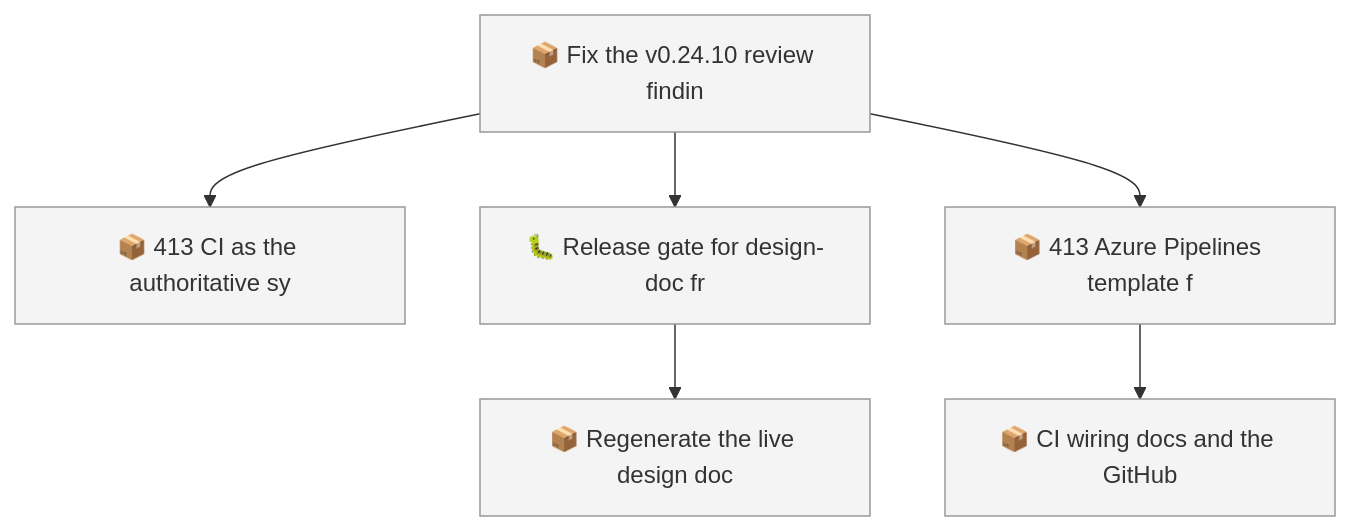
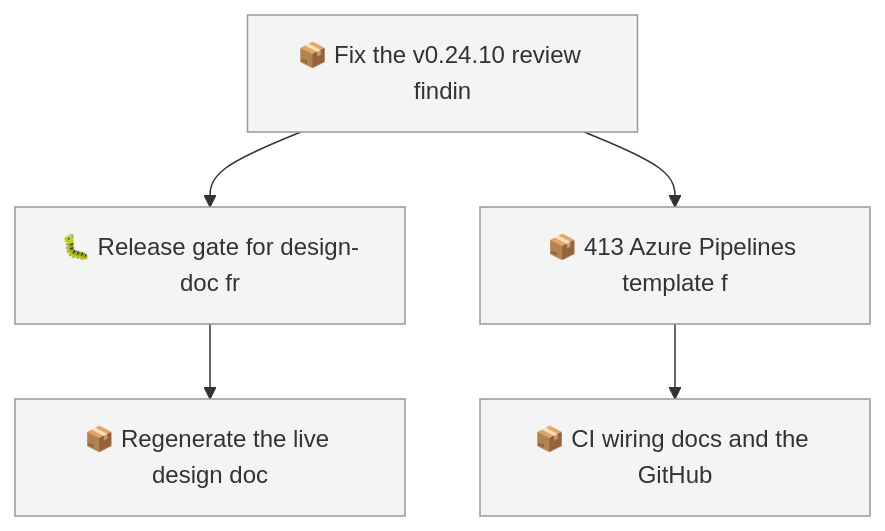
One commit to SpillwaveSolutions/wiki_ticket_sdd changed the first of 2 diagrams in docs/roadmap.md. Above: the diagram before and after it, drawn with Mermaid. The commit also changed other lines of this file and 21 other files, not shown here.

First line of the commit message:
feat(sync): CI as the authoritative syncer behind ticketing.sync_owner (01M2XCWMVEH3XFP2VPS9JBD6XN)

````diff
--- a/docs/roadmap.md
+++ b/docs/roadmap.md
@@ -44,16 +43,14 @@
 ```mermaid
 graph TD
     01M2XCWMV0QYM4ZRBWN1V1327B["📦 Fix the v0.24.10 review findin"]
-    01M2XCWMVEH3XFP2VPS9JBD6XN["📦 413 CI as the authoritative sy"]
     01M2XCWMVEH3XFP2VPS9JBD6XQ["🐛 Release gate for design-doc fr"]
     01M2XCWMVEH3XFP2VPS9JBD6XS["📦 Regenerate the live design doc"]
     01M2XCWMVEH3XFP2VPS9JBD6XV["📦 413 Azure Pipelines template f"]
     01M2XCWMVEH3XFP2VPS9JBD6XX["📦 CI wiring docs and the GitHub"]
-    01M2XCWMV0QYM4ZRBWN1V1327B --> 01M2XCWMVEH3XFP2VPS9JBD6XN
     01M2XCWMV0QYM4ZRBWN1V1327B --> 01M2XCWMVEH3XFP2VPS9JBD6XQ
     01M2XCWMVEH3XFP2VPS9JBD6XQ --> 01M2XCWMVEH3XFP2VPS9JBD6XS
     01M2XCWMV0QYM4ZRBWN1V1327B --> 01M2XCWMVEH3XFP2VPS9JBD6XV
     01M2XCWMVEH3XFP2VPS9JBD6XV --> 01M2XCWMVEH3XFP2VPS9JBD6XX
     classDef todo fill:#f4f4f4,stroke:#999999
-    class 01M2XCWMV0QYM4ZRBWN1V1327B,01M2XCWMVEH3XFP2VPS9JBD6XN,01M2XCWMVEH3XFP2VPS9JBD6XQ,01M2XCWMVEH3XFP2VPS9JBD6XS,01M2XCWMVEH3XFP2VPS9JBD6XV,01M2XCWMVEH3XFP2VPS9JBD6XX todo
+    class 01M2XCWMV0QYM4ZRBWN1V1327B,01M2XCWMVEH3XFP2VPS9JBD6XQ,01M2XCWMVEH3XFP2VPS9JBD6XS,01M2XCWMVEH3XFP2VPS9JBD6XV,01M2XCWMVEH3XFP2VPS9JBD6XX todo
 ```
````
